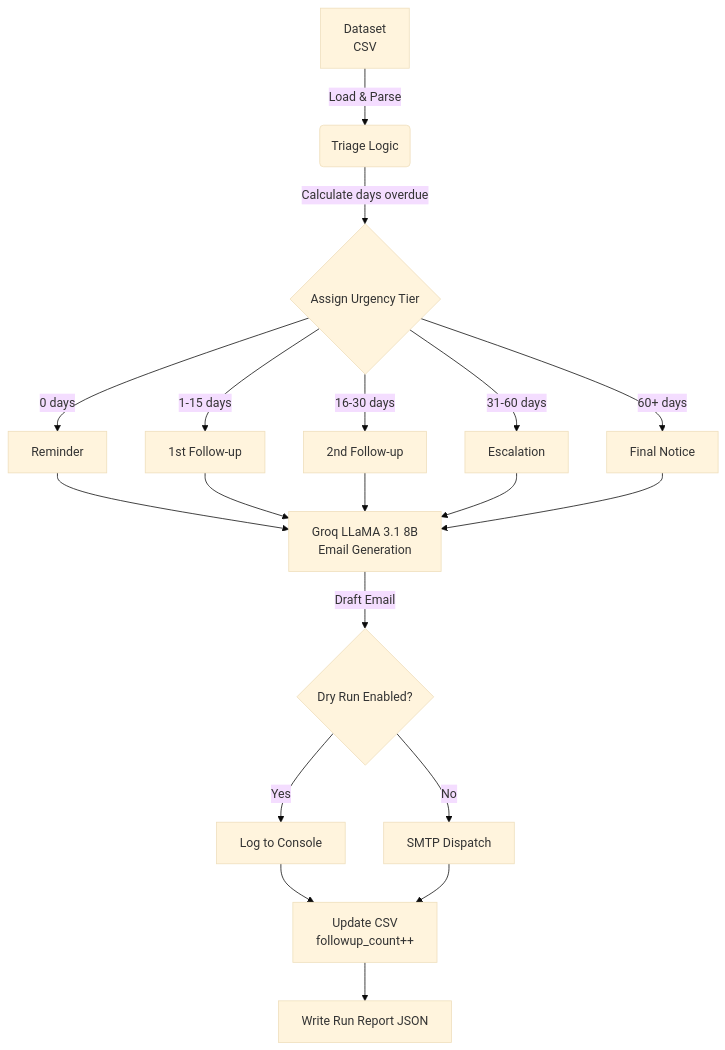
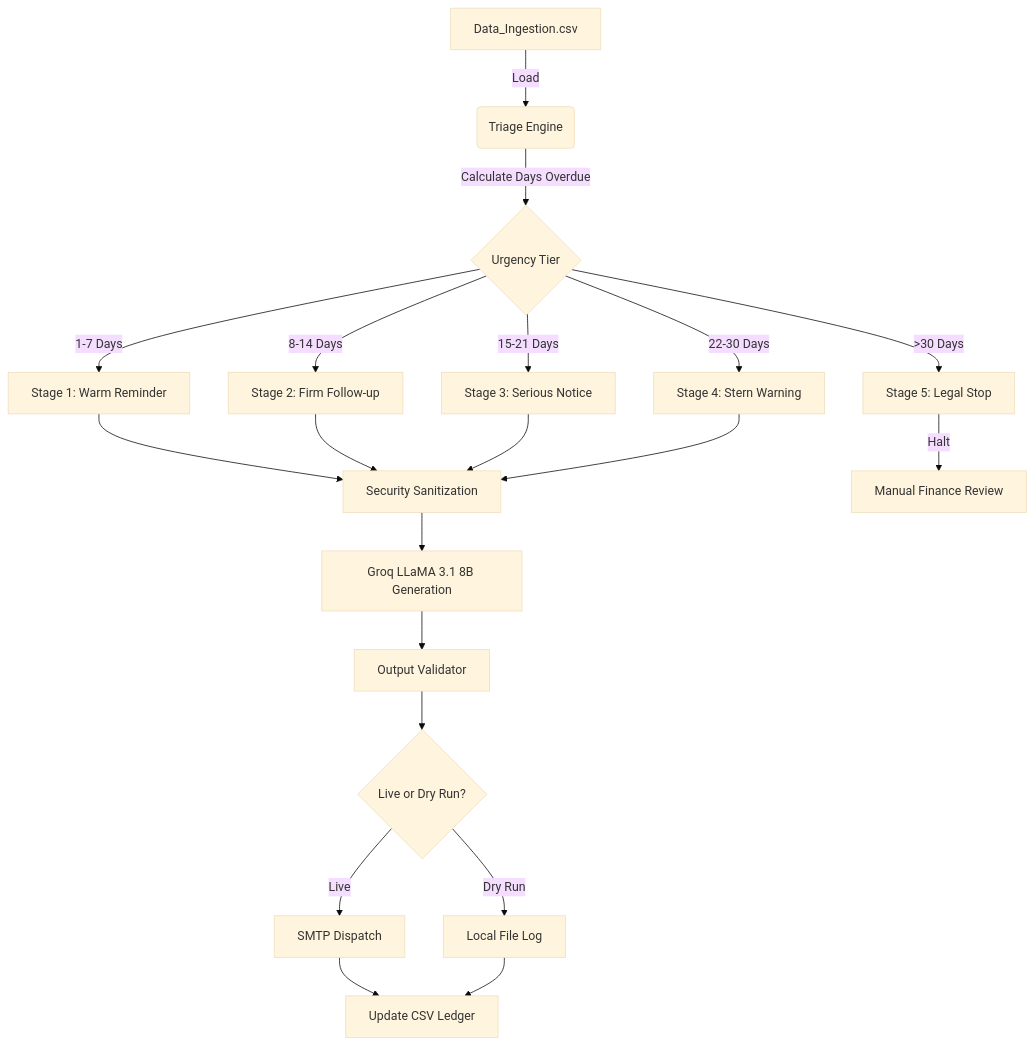
The diagram in README.md (suresh-jakhar/finance-email-followup-agent), drawn with Mermaid (base theme) before and after one commit. The commit also changed other lines of this file and 2 other files, not shown here.

````diff
--- a/README.md
+++ b/README.md
@@ -9,20 +10,22 @@
 ```mermaid
 graph TD
-    A[Dataset<br>CSV] -->|Load & Parse| B(Triage Logic)
-    B -->|Calculate days overdue| C{Assign Urgency Tier}
+    A[Data_Ingestion.csv] -->|Load| B(Triage Engine)
+    B -->|Calculate Days Overdue| C{Urgency Tier}
     
-    C -->|0 days| D[Reminder]
-    C -->|1-15 days| E[1st Follow-up]
-    C -->|16-30 days| F[2nd Follow-up]
-    C -->|31-60 days| G[Escalation]
-    C -->|60+ days| H[Final Notice]
+    C -->|1-7 Days| D[Stage 1: Warm Reminder]
+    C -->|8-14 Days| E[Stage 2: Firm Follow-up]
+    C -->|15-21 Days| F[Stage 3: Serious Notice]
+    C -->|22-30 Days| G[Stage 4: Stern Warning]
+    C -->|>30 Days| H[Stage 5: Legal Stop]
     
-    D & E & F & G & H --> I[Groq LLaMA 3.1 8B<br>Email Generation]
+    D & E & F & G --> I[Security Sanitization]
+    I --> J[Groq LLaMA 3.1 8B Generation]
+    J --> K[Output Validator]
+    K --> L{Live or Dry Run?}
     
-    I -->|Draft Email| J{Dry Run Enabled?}
-    J -->|Yes| K[Log to Console]
-    J -->|No| L[SMTP Dispatch]
+    L -->|Live| M[SMTP Dispatch]
+    L -->|Dry Run| N[Local File Log]
     
-    K & L --> M[Update CSV<br>followup_count++]
-    M --> N[Write Run Report JSON]
+    M & N --> O[Update CSV Ledger]
+    H -->|Halt| P[Manual Finance Review]
 ```
````
